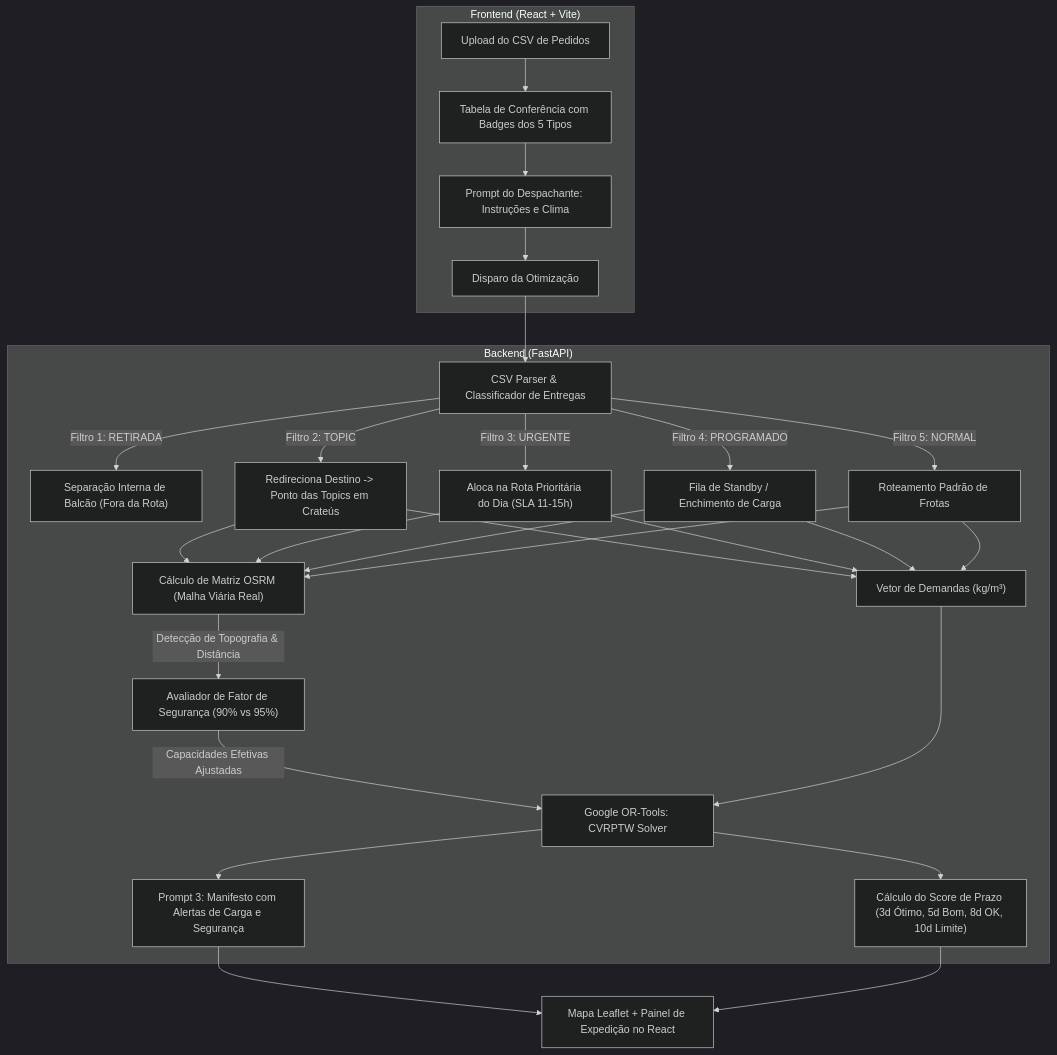
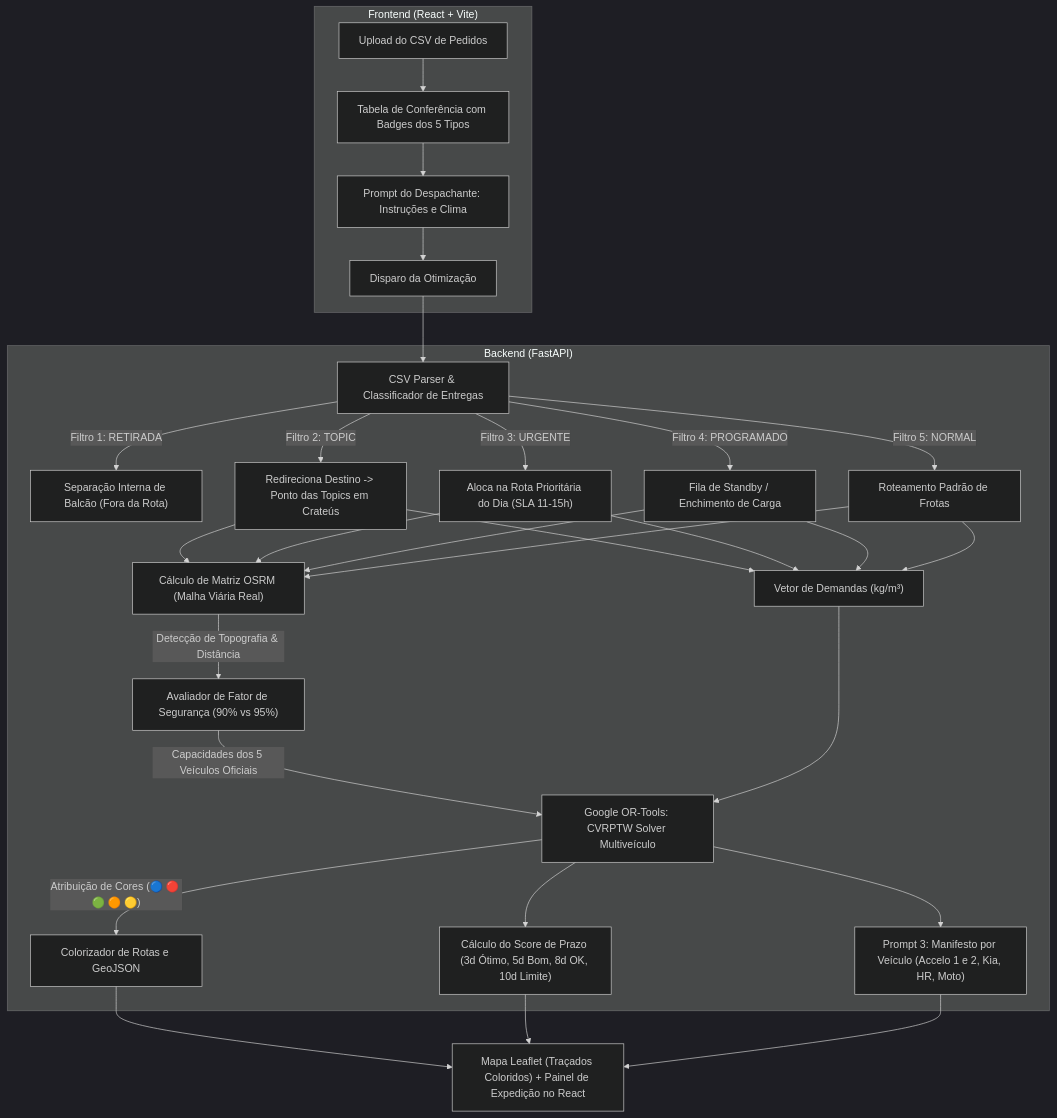
One commit to luisgbr1el/hackaton26-projeto changed the diagram in PLANO_IMPLEMENTACAO_ORTOOLS.md. Above: the diagram before and after it, drawn with Mermaid (dark theme). The commit also changed other lines of this file, not shown here.

````diff
--- a/PLANO_IMPLEMENTACAO_ORTOOLS.md
+++ b/PLANO_IMPLEMENTACAO_ORTOOLS.md
@@ -61,30 +68,31 @@
 ```mermaid
 flowchart TD
     subgraph Frontend ["Frontend (React + Vite)"]
         A["Upload do CSV de Pedidos"] --> B["Tabela de Conferência com Badges dos 5 Tipos"]
         B --> C["Prompt do Despachante: Instruções e Clima"]
         C --> D["Disparo da Otimização"]
     end
 
     subgraph Backend ["Backend (FastAPI)"]
         D --> E["CSV Parser & Classificador de Entregas"]
         
         E -->|"Filtro 1: RETIRADA"| F1["Separação Interna de Balcão (Fora da Rota)"]
         E -->|"Filtro 2: TOPIC"| F2["Redireciona Destino -> Ponto das Topics em Crateús"]
         E -->|"Filtro 3: URGENTE"| F3["Aloca na Rota Prioritária do Dia (SLA 11-15h)"]
         E -->|"Filtro 4: PROGRAMADO"| F4["Fila de Standby / Enchimento de Carga"]
         E -->|"Filtro 5: NORMAL"| F5["Roteamento Padrão de Frotas"]
         
         F2 & F3 & F4 & F5 --> G["Cálculo de Matriz OSRM (Malha Viária Real)"]
         F2 & F3 & F4 & F5 --> H["Vetor de Demandas (kg/m³)"]
         
         G -->|"Detecção de Topografia & Distância"| S["Avaliador de Fator de Segurança (90% vs 95%)"]
-        S -->|"Capacidades Efetivas Ajustadas"| I["Google OR-Tools: CVRPTW Solver"]
+        S -->|"Capacidades dos 5 Veículos Oficiais"| I["Google OR-Tools: CVRPTW Solver Multiveículo"]
         H --> I
         
+        I -->|"Atribuição de Cores (🔵 🔴 🟢 🟠 🟡)"| K["Colorizador de Rotas e GeoJSON"]
         I --> J["Cálculo do Score de Prazo (3d Ótimo, 5d Bom, 8d OK, 10d Limite)"]
-        I --> K["Prompt 3: Manifesto com Alertas de Carga e Segurança"]
+        I --> M["Prompt 3: Manifesto por Veículo (Accelo 1 e 2, Kia, HR, Moto)"]
     end
 
-    K & J --> L["Mapa Leaflet + Painel de Expedição no React"]
+    K & J & M --> L["Mapa Leaflet (Traçados Coloridos) + Painel de Expedição no React"]
 ```
````
